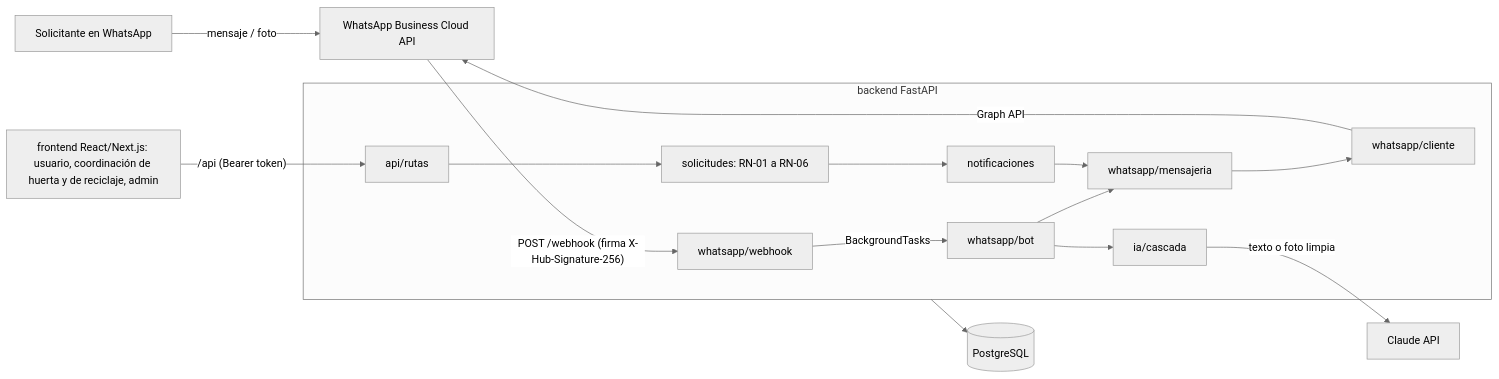
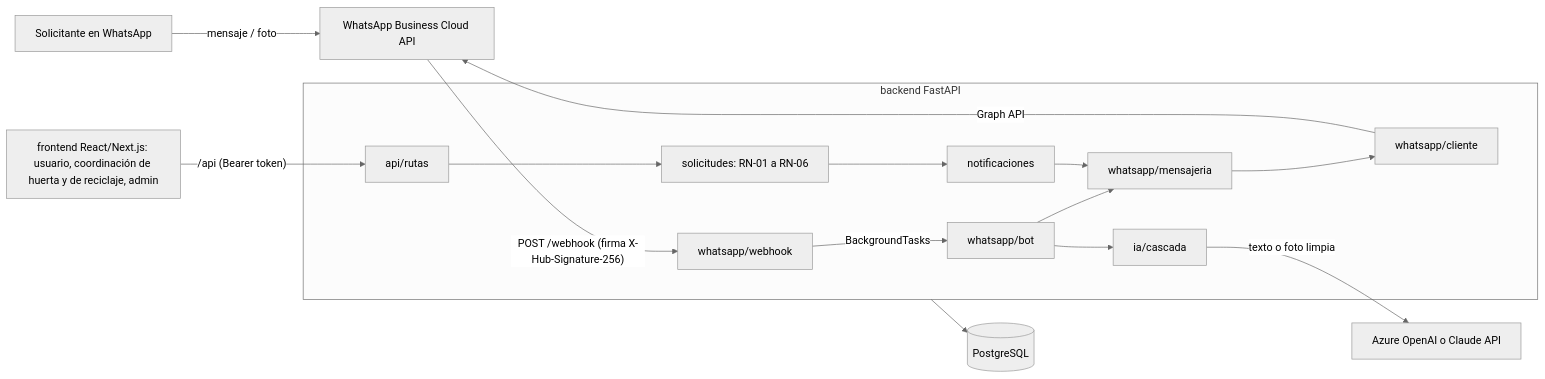
One commit to valejandrapd/EcoConecta-VGJ changed the diagram in README.md. Above: the diagram before and after it, drawn with Mermaid (neutral theme). The commit also changed other lines of this file and 10 other files, not shown here.

First line of the commit message:
IA con Azure OpenAI (permitido por el reto) además de Claude

````diff
--- a/README.md
+++ b/README.md
@@ -38,16 +38,16 @@
 ```mermaid
 flowchart LR
     U[Solicitante en WhatsApp] -- mensaje / foto --> META[WhatsApp Business Cloud API]
     META -- "POST /webhook (firma X-Hub-Signature-256)" --> WH
     WEB["frontend React/Next.js: usuario, coordinación de huerta y de reciclaje, admin"] -- "/api (Bearer token)" --> API
     subgraph backend [backend FastAPI]
         WH[whatsapp/webhook] -- BackgroundTasks --> BOT[whatsapp/bot]
         BOT --> IA[ia/cascada]
         BOT --> MSJ[whatsapp/mensajeria]
         API[api/rutas] --> SOL[solicitudes: RN-01 a RN-06] --> NOT[notificaciones] --> MSJ
         MSJ --> CLI[whatsapp/cliente]
     end
-    IA -- texto o foto limpia --> CLAUDE[Claude API]
+    IA -- texto o foto limpia --> CLAUDE[Azure OpenAI o Claude API]
     CLI -- Graph API --> META
     backend --> PG[(PostgreSQL)]
 ```
````
